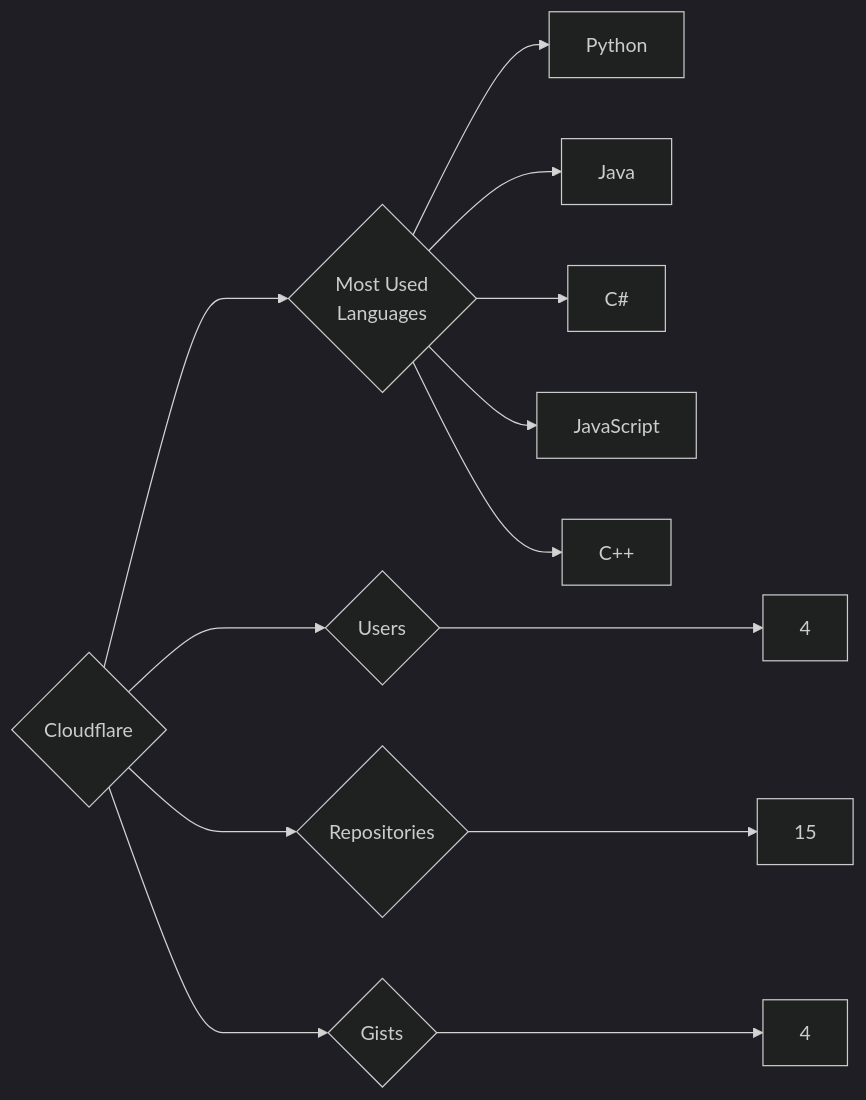
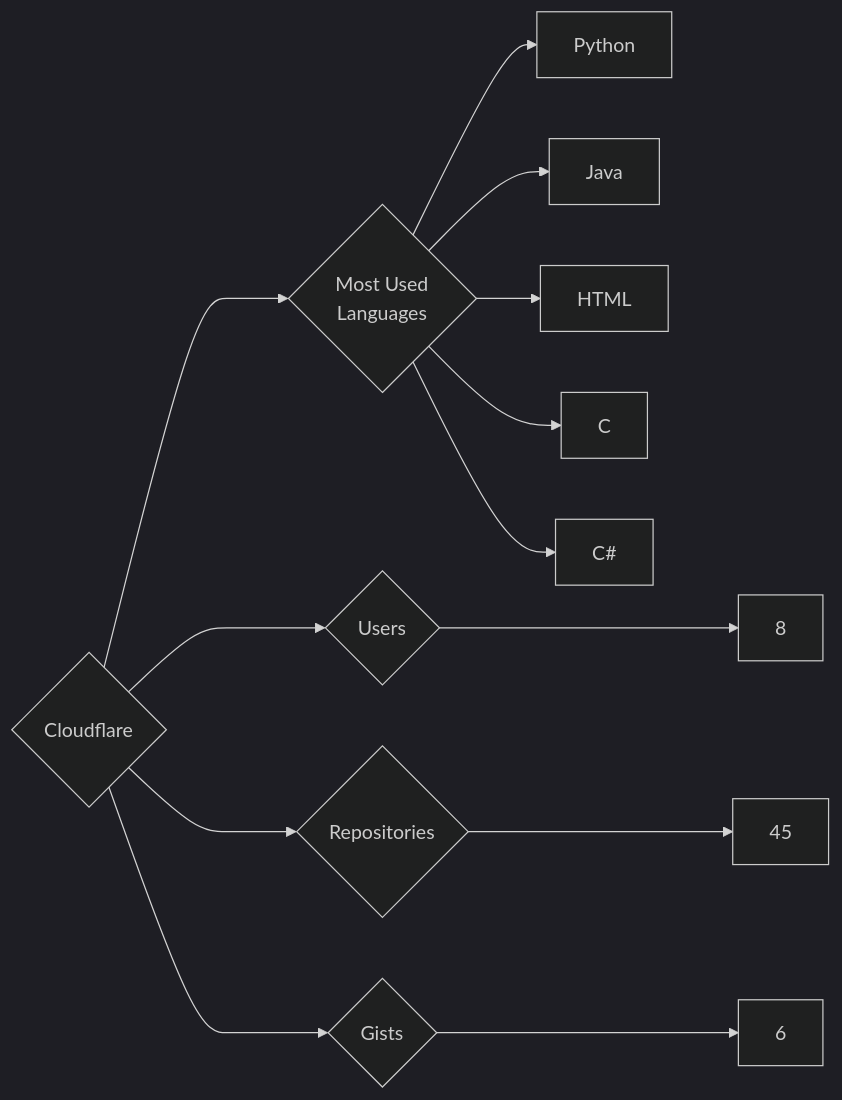
Before and after one commit to trickest/insiders: the diagram in targets/Cloudflare/README.md, drawn with Mermaid (dark theme). The commit also changed 783 other files, not shown here.

````diff
--- a/targets/Cloudflare/README.md
+++ b/targets/Cloudflare/README.md
@@ -3,13 +3,13 @@
 ```mermaid
 graph LR
 COMPANY_NAME{Cloudflare}
-COMPANY_NAME ---> U{Users} ---> UN[4]
-COMPANY_NAME ---> R{Repositories} ---> RN[15]
-COMPANY_NAME ---> G{Gists} ---> GN[4]
+COMPANY_NAME ---> U{Users} ---> UN[8]
+COMPANY_NAME ---> R{Repositories} ---> RN[45]
+COMPANY_NAME ---> G{Gists} ---> GN[6]
 COMPANY_NAME ---> ML{Most Used<br>Languages}
 ML --> Python[Python]
 ML --> Java[Java]
+ML --> HTML[HTML]
+ML --> C[C]
 ML --> C#[C#]
-ML --> JavaScript[JavaScript]
-ML --> C++[C++]
 ```
````
